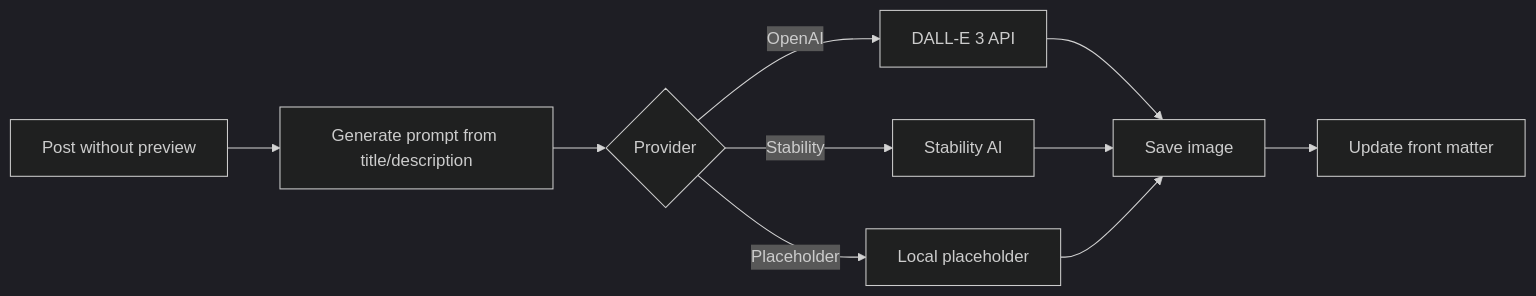
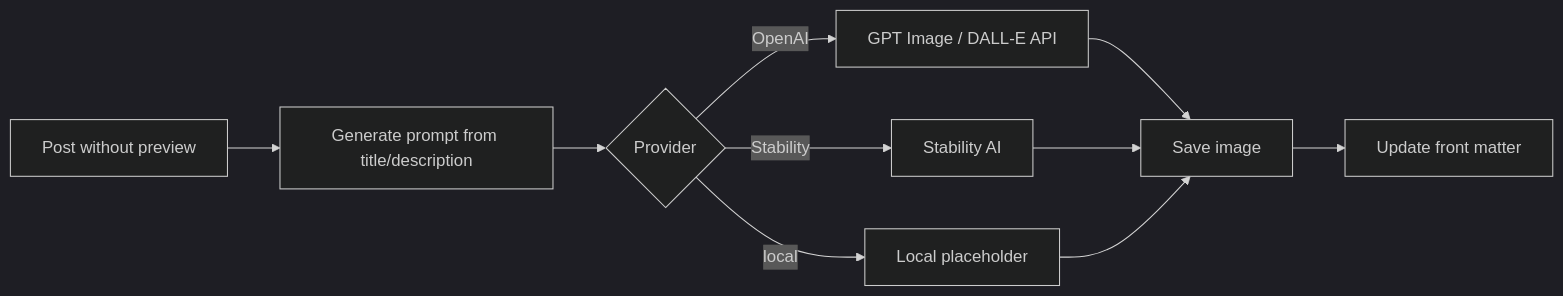
The diagram in pages/_docs/features/preview-image-generator.md (bamr87/zer0-mistakes), drawn with Mermaid (dark theme) before and after one commit. The commit also changed other lines of this file and 20 other files, not shown here.

````diff
--- a/pages/_docs/features/preview-image-generator.md
+++ b/pages/_docs/features/preview-image-generator.md
@@ -42,12 +42,12 @@
 ```mermaid
 graph LR
     A[Post without preview] --> B[Generate prompt from title/description]
     B --> C{Provider}
-    C -->|OpenAI| D[DALL-E 3 API]
+    C -->|OpenAI| D[GPT Image / DALL-E API]
     C -->|Stability| E[Stability AI]
-    C -->|Placeholder| F[Local placeholder]
+    C -->|local| F[Local placeholder]
     D --> G[Save image]
     E --> G
     F --> G
     G --> H[Update front matter]
 ```
````
